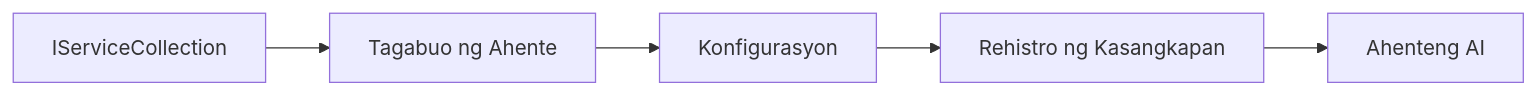
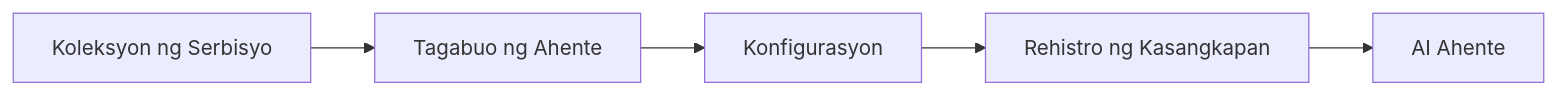
Before and after one commit to venturemavenwill/azureaifundamentals: the diagram in translations/tl/03-agentic-design-patterns/code_samples/03-dotnet-agent-framework.md, drawn with Mermaid. The commit also changed other lines of this file and 2002 other files, not shown here.

````diff
--- a/translations/tl/03-agentic-design-patterns/code_samples/03-dotnet-agent-framework.md
+++ b/translations/tl/03-agentic-design-patterns/code_samples/03-dotnet-agent-framework.md
@@ -41,7 +41,7 @@
 ```mermaid
 graph LR
-    A[IServiceCollection] --> B[Tagabuo ng Ahente]
+    A[Koleksyon ng Serbisyo] --> B[Tagabuo ng Ahente]
     B --> C[Konfigurasyon]
     C --> D[Rehistro ng Kasangkapan]
-    D --> E[Ahenteng AI]
+    D --> E[AI Ahente]
 ```
````
